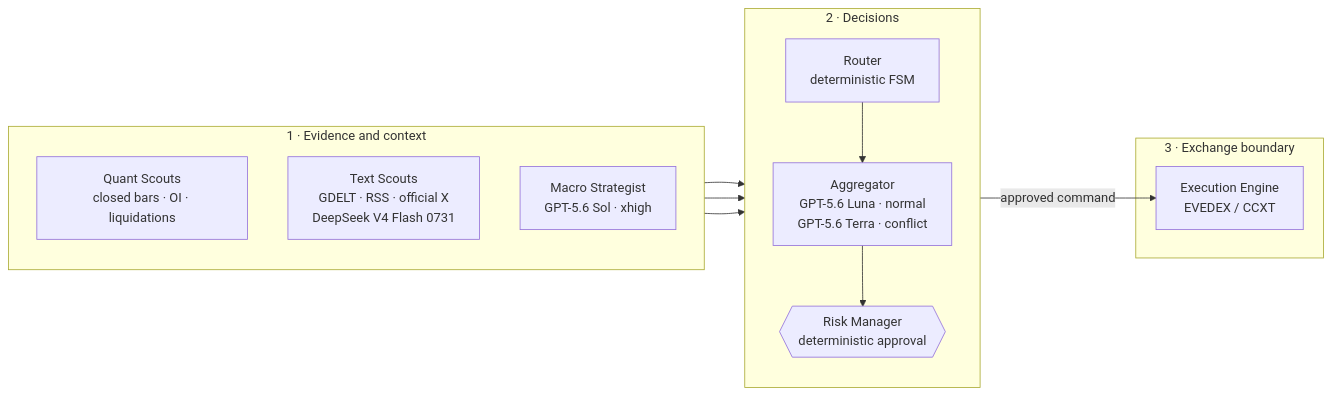
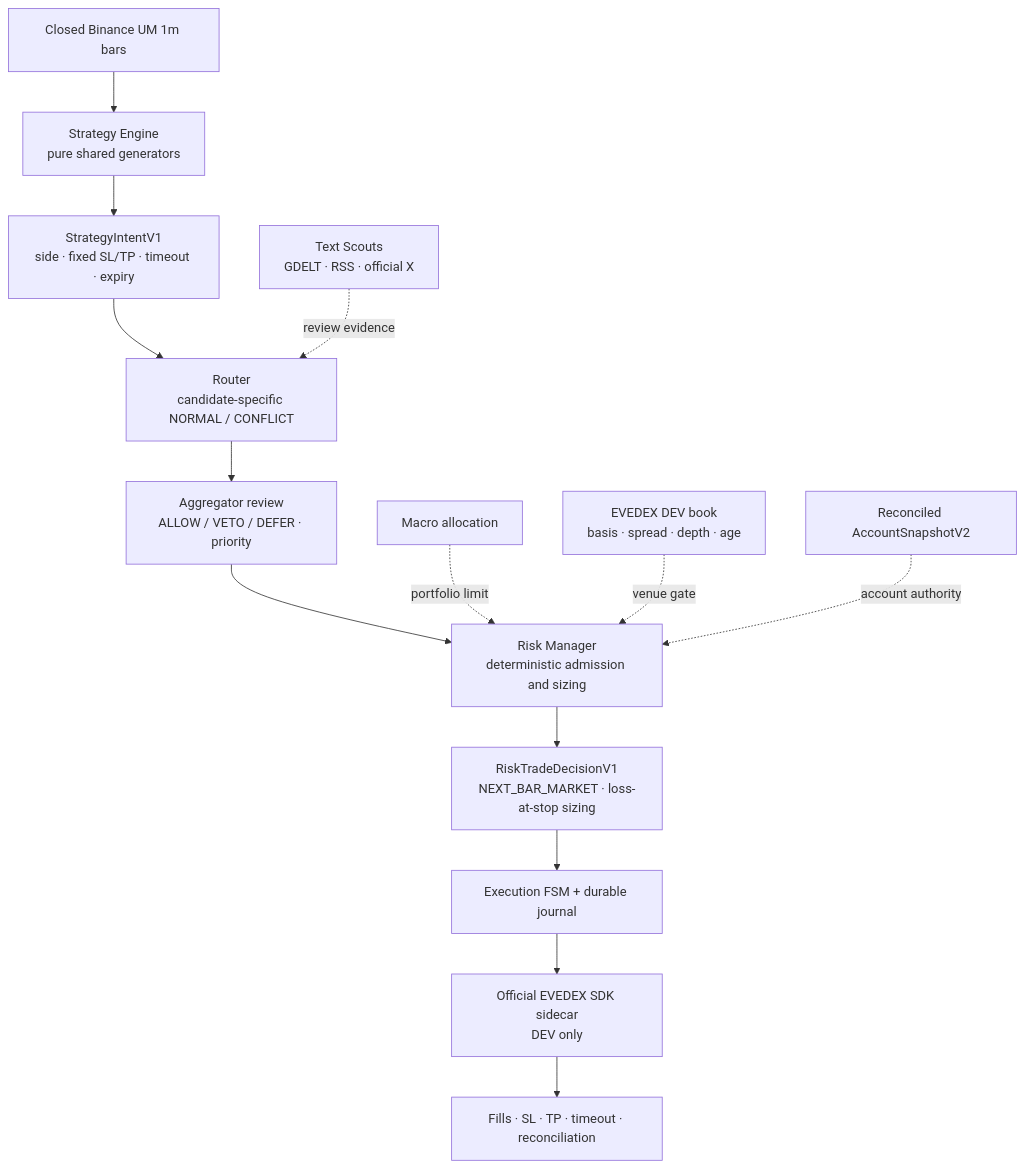
One commit to Kairos-cryptoAI/kairos changed the diagram in README.md. Above: the diagram before and after it, drawn with Mermaid. The commit also changed other lines of this file and 5 other files, not shown here.

Commit message:
docs: record EVEDEX DEV paper readiness boundary

````diff
--- a/README.md
+++ b/README.md
@@ -9,27 +11,17 @@
 ```mermaid
-flowchart LR
-    subgraph Evidence["1 · Evidence and context"]
-        direction TB
-        Q["Quant Scouts<br/>closed bars · OI · liquidations"]
-        T["Text Scouts<br/>GDELT · RSS · official X<br/>DeepSeek V4 Flash 0731"]
-        M["Macro Strategist<br/>GPT-5.6 Sol · xhigh"]
-    end
+flowchart TB
+    B["Closed Binance UM 1m bars"] --> S["Strategy Engine<br/>pure shared generators"]
+    S --> I["StrategyIntentV1<br/>side · fixed SL/TP · timeout · expiry"]
+    I --> R["Router<br/>candidate-specific NORMAL / CONFLICT"]
+    R --> A["Aggregator review<br/>ALLOW / VETO / DEFER · priority"]
+    A --> K["Risk Manager<br/>deterministic admission and sizing"]
+    K --> D["RiskTradeDecisionV1<br/>NEXT_BAR_MARKET · loss-at-stop sizing"]
+    D --> E["Execution FSM + durable journal"]
+    E --> G["Official EVEDEX SDK sidecar<br/>DEV only"]
+    G --> O["Fills · SL · TP · timeout · reconciliation"]
 
-    subgraph Decisions["2 · Decisions"]
-        direction TB
-        R["Router<br/>deterministic FSM"]
-        A["Aggregator<br/>GPT-5.6 Luna · normal<br/>GPT-5.6 Terra · conflict"]
-        K{{"Risk Manager<br/>deterministic approval"}}
-    end
-
-    subgraph Exchange["3 · Exchange boundary"]
-        E["Execution Engine<br/>EVEDEX / CCXT"]
-    end
-
-    Q --> R
-    T --> R
-    R --> A
-    A --> K
-    M --> K
-    K -->|approved command| E
+    T["Text Scouts<br/>GDELT · RSS · official X"] -. "review evidence" .-> R
+    M["Macro allocation"] -. "portfolio limit" .-> K
+    V["EVEDEX DEV book<br/>basis · spread · depth · age"] -. "venue gate" .-> K
+    C["Reconciled AccountSnapshotV2"] -. "account authority" .-> K
 ```
````
